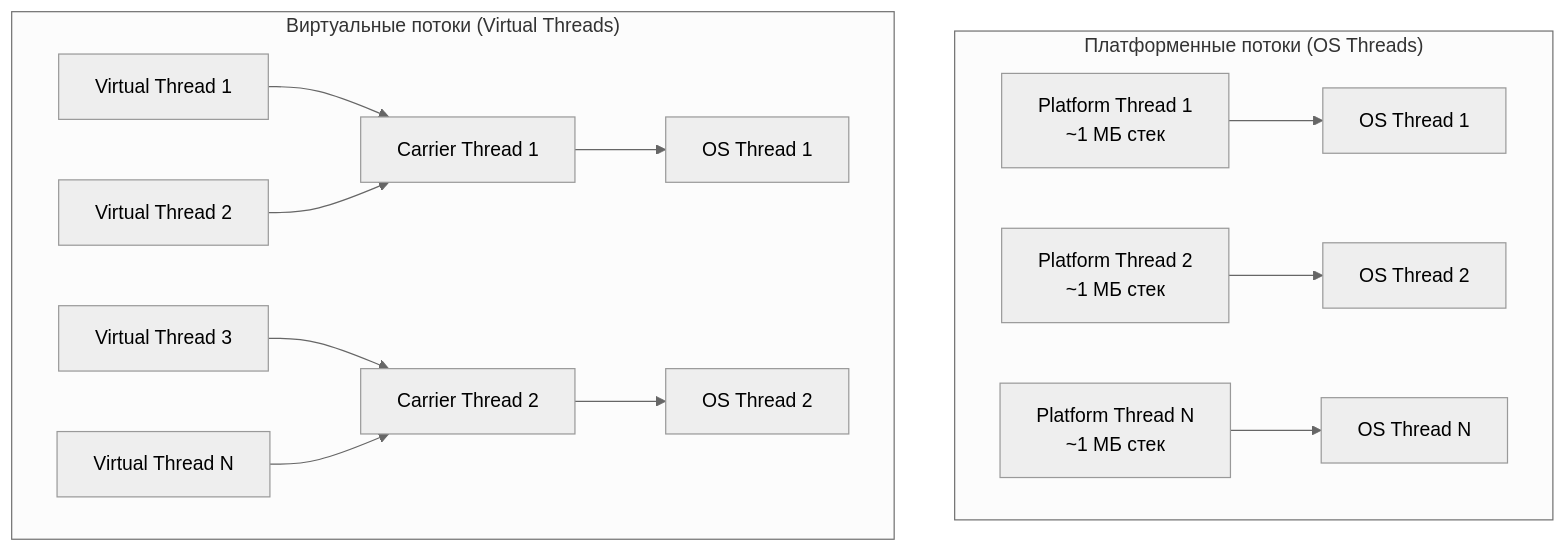
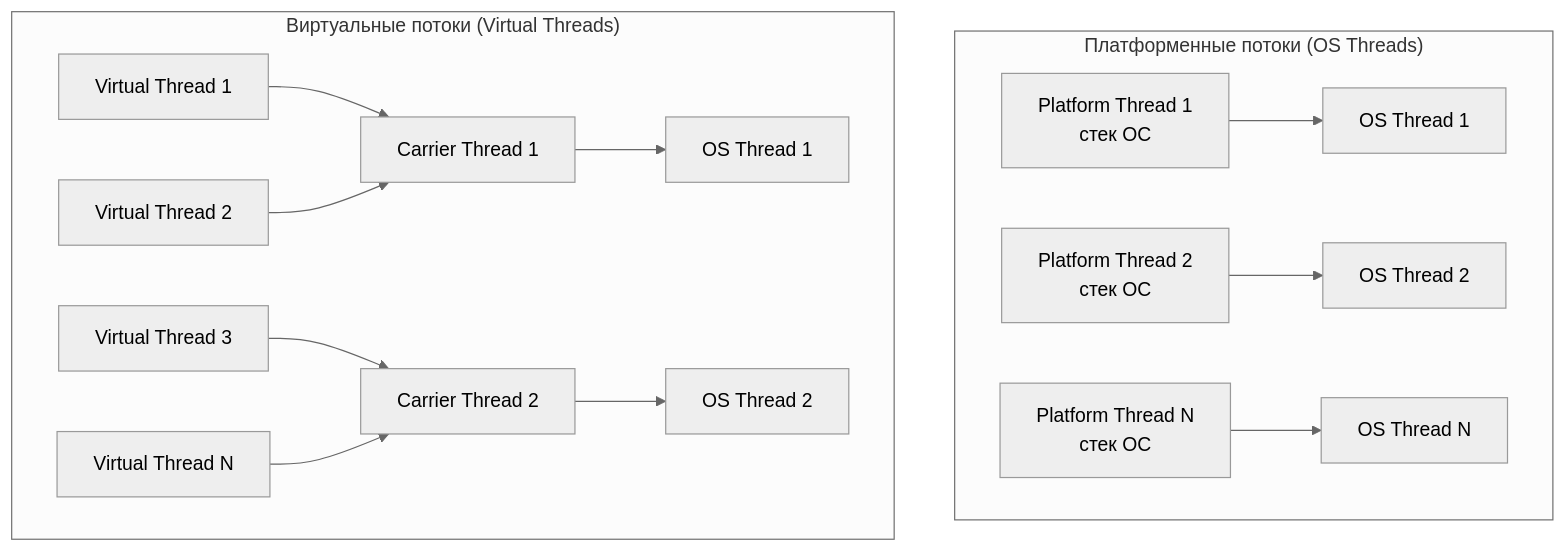
The second of 6 diagrams in cheatsheets/interview/programming-languages/java/java-17-21-interview.md (akeverus/cheat-sheet), drawn with Mermaid (neutral theme) before and after one commit. The commit also changed other lines of this file and 154 other files, not shown here.

````diff
--- a/cheatsheets/interview/programming-languages/java/java-17-21-interview.md
+++ b/cheatsheets/interview/programming-languages/java/java-17-21-interview.md
@@ -651,17 +651,17 @@
 ```mermaid
 graph TD
     subgraph "Платформенные потоки (OS Threads)"
-        PT1[Platform Thread 1<br/>~1 МБ стек] --> OS1[OS Thread 1]
-        PT2[Platform Thread 2<br/>~1 МБ стек] --> OS2[OS Thread 2]
-        PT3[Platform Thread N<br/>~1 МБ стек] --> OS3[OS Thread N]
+        PT1[Platform Thread 1<br/>стек ОС] --> OS1[OS Thread 1]
+        PT2[Platform Thread 2<br/>стек ОС] --> OS2[OS Thread 2]
+        PT3[Platform Thread N<br/>стек ОС] --> OS3[OS Thread N]
     end
 
     subgraph "Виртуальные потоки (Virtual Threads)"
         VT1[Virtual Thread 1] --> CT1[Carrier Thread 1]
         VT2[Virtual Thread 2] --> CT1
         VT3[Virtual Thread 3] --> CT2[Carrier Thread 2]
         VT4[Virtual Thread N] --> CT2
         CT1 --> OST1[OS Thread 1]
         CT2 --> OST2[OS Thread 2]
     end
 ```
````
